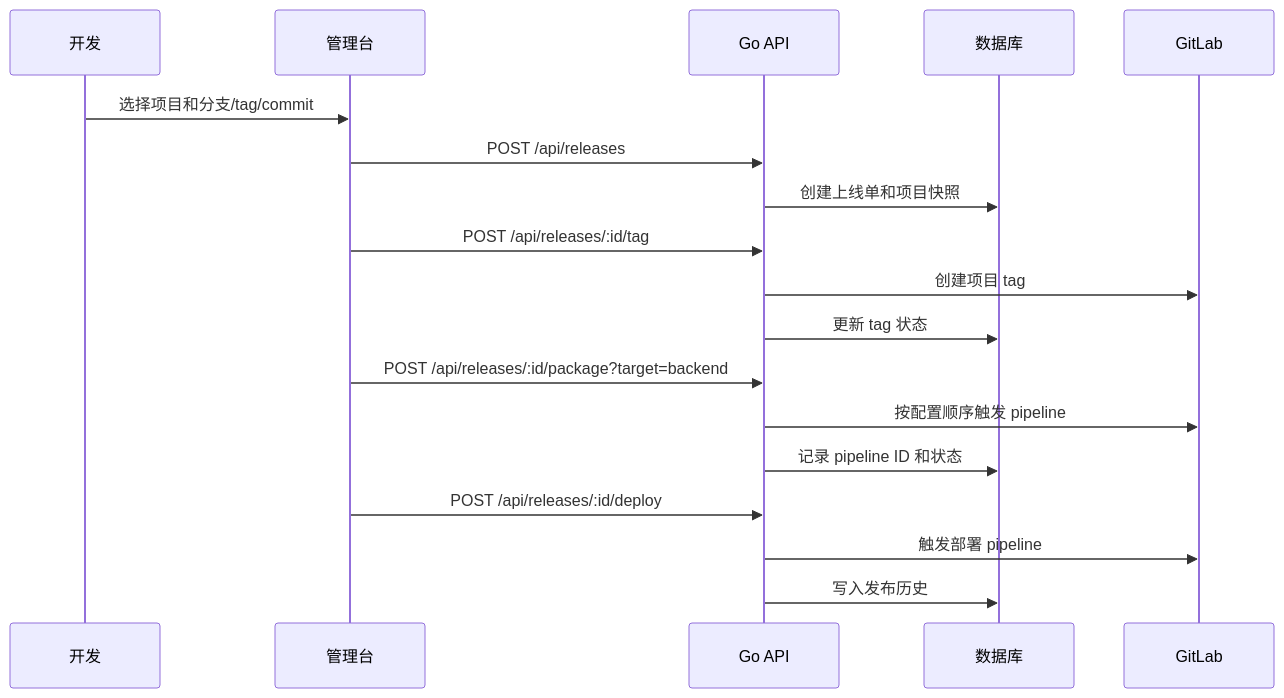
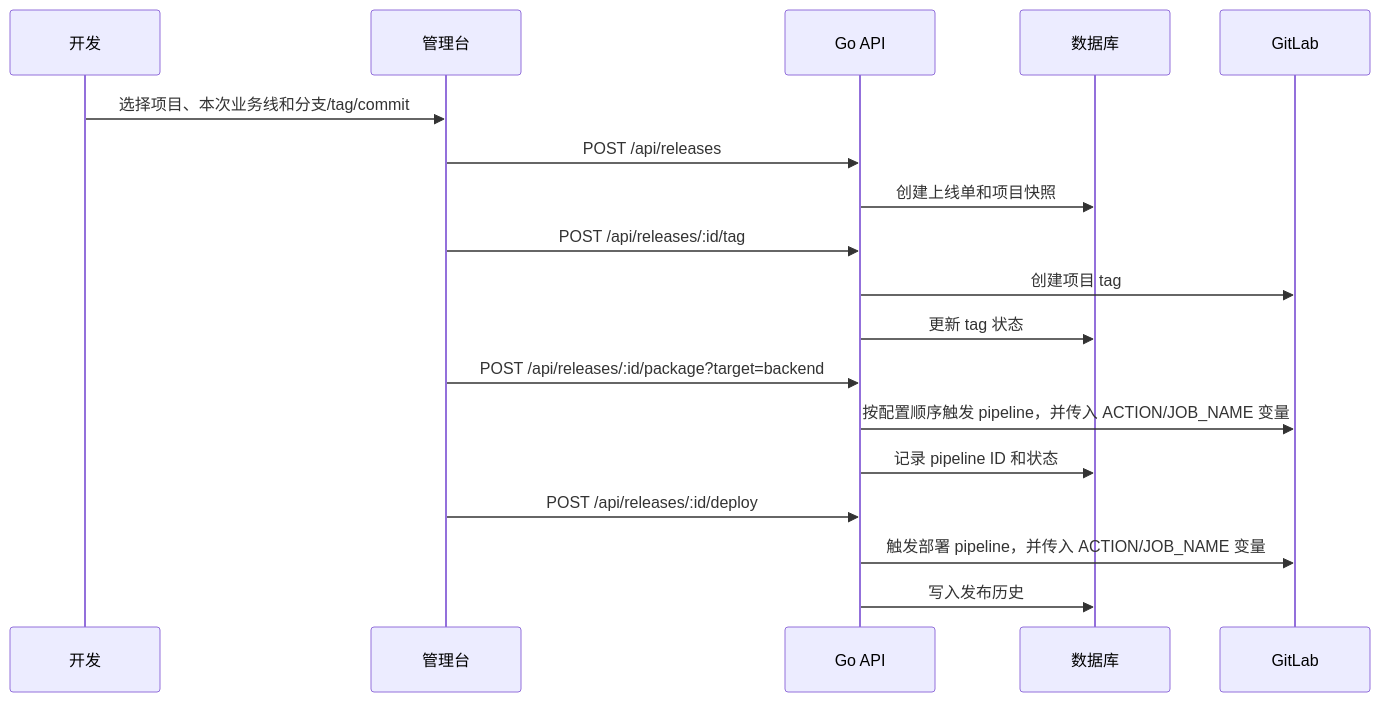
Before and after one commit to jktest709-arch/delivery-platform: the second of 2 diagrams in docs/architecture.md, drawn with Mermaid. The commit also changed other lines of this file and 12 other files, not shown here.

````diff
--- a/docs/architecture.md
+++ b/docs/architecture.md
@@ -36,21 +37,21 @@
 ```mermaid
 sequenceDiagram
   participant Dev as 开发
   participant Web as 管理台
   participant API as Go API
   participant DB as 数据库
   participant GL as GitLab
 
-  Dev->>Web: 选择项目和分支/tag/commit
+  Dev->>Web: 选择项目、本次业务线和分支/tag/commit
   Web->>API: POST /api/releases
   API->>DB: 创建上线单和项目快照
   Web->>API: POST /api/releases/:id/tag
   API->>GL: 创建项目 tag
   API->>DB: 更新 tag 状态
   Web->>API: POST /api/releases/:id/package?target=backend
-  API->>GL: 按配置顺序触发 pipeline
+  API->>GL: 按配置顺序触发 pipeline，并传入 ACTION/JOB_NAME 变量
   API->>DB: 记录 pipeline ID 和状态
   Web->>API: POST /api/releases/:id/deploy
-  API->>GL: 触发部署 pipeline
+  API->>GL: 触发部署 pipeline，并传入 ACTION/JOB_NAME 变量
   API->>DB: 写入发布历史
 ```
````
